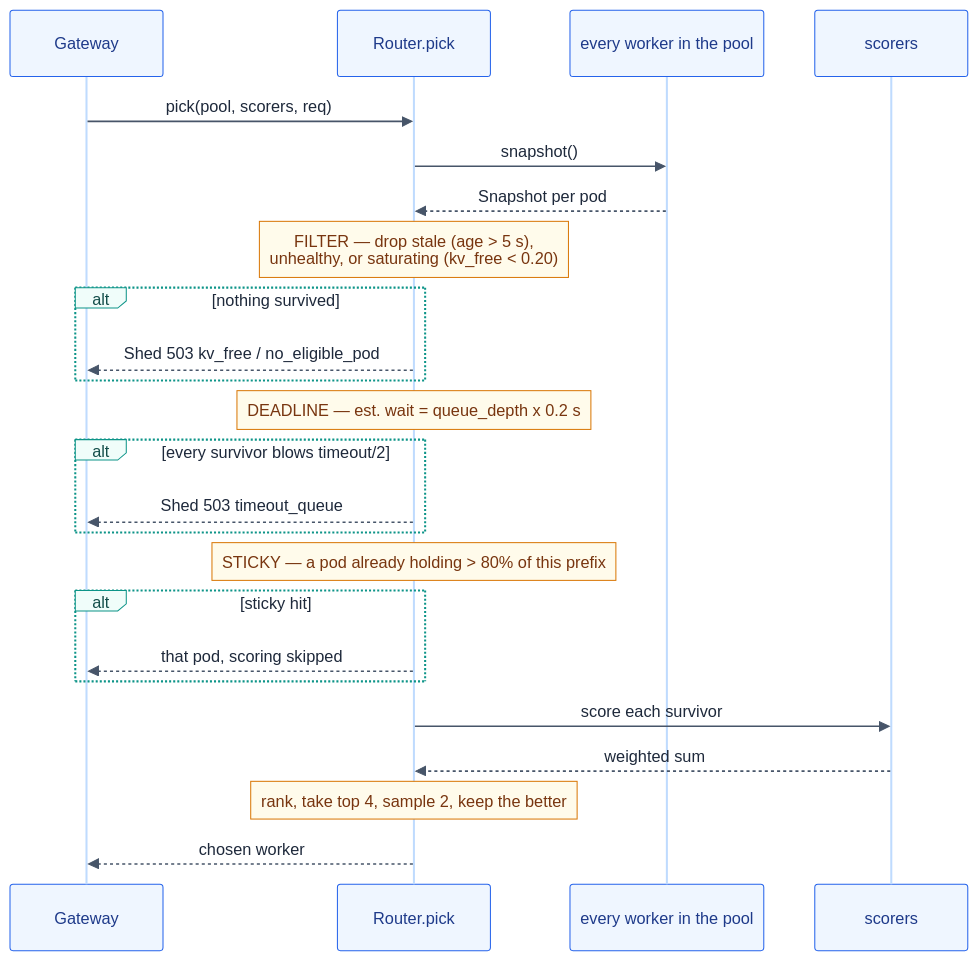
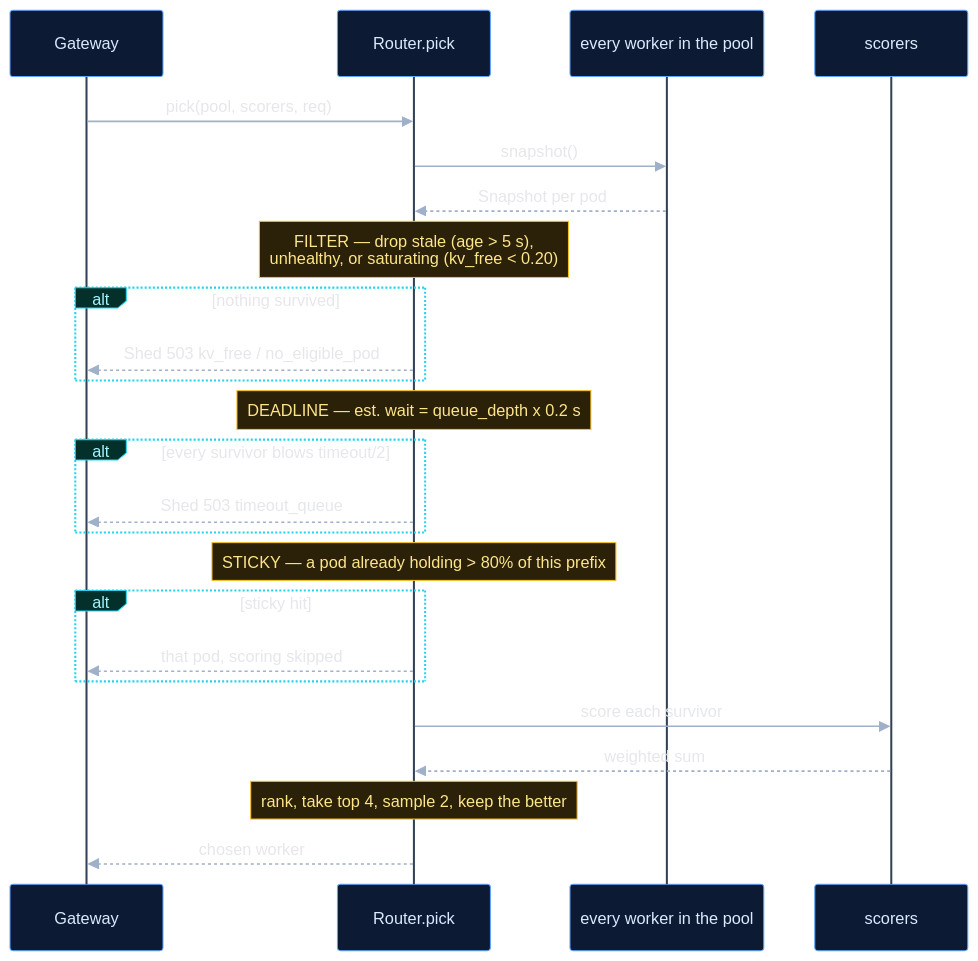
Before and after one commit to harshuljain13/Dodona: the first of 2 diagrams in docs/cluster/router.md, drawn with Mermaid. The commit also changed other lines of this file and 13 other files, not shown here.

First line of the commit message:
style: dark diagrams, matching the banner

````diff
--- a/docs/cluster/router.md
+++ b/docs/cluster/router.md
@@ -32,40 +32,41 @@
 ```mermaid
 %%{init: {'theme':'base','themeVariables':{
-  'fontFamily':'ui-sans-serif, -apple-system, Segoe UI, Inter, Helvetica, Arial, sans-serif','fontSize':'13.5px',
-  'actorBkg':'#eff6ff','actorBorder':'#2563eb','actorTextColor':'#1e3a8a','actorLineColor':'#bfdbfe',
-  'signalColor':'#475569','signalTextColor':'#1e293b',
-  'noteBkgColor':'#fffbeb','noteBorderColor':'#d97706','noteTextColor':'#78350f',
-  'activationBkgColor':'#dcfce7','activationBorderColor':'#16a34a',
-  'labelBoxBkgColor':'#f0fdfa','labelBoxBorderColor':'#0d9488','labelTextColor':'#134e4a',
-  'sequenceNumberColor':'#ffffff','loopTextColor':'#1e293b'
+  'darkMode':true,'background':'#0B0B0B',
+  'fontFamily':'Helvetica, Arial, sans-serif','fontSize':'13.5px',
+  'actorBkg':'#0C1A33','actorBorder':'#60A5FA','actorTextColor':'#DBEAFE','actorLineColor':'#334155',
+  'signalColor':'#9FB0C9','signalTextColor':'#E5E7EB',
+  'noteBkgColor':'#2B2008','noteBorderColor':'#FBBF24','noteTextColor':'#FDE68A',
+  'activationBkgColor':'#06220F','activationBorderColor':'#4ADE80',
+  'labelBoxBkgColor':'#04302B','labelBoxBorderColor':'#22D3EE','labelTextColor':'#A5F3FC',
+  'sequenceNumberColor':'#0B0B0B','loopTextColor':'#E5E7EB','textColor':'#E5E7EB'
 }}}%%
 sequenceDiagram
     participant G as Gateway
     participant R as Router.pick
     participant W as every worker in the pool
     participant S as scorers
 
     G->>R: pick(pool, scorers, req)
 
     R->>W: snapshot()
     W-->>R: Snapshot per pod
     Note over R: FILTER — drop stale (age > 5 s),<br/>unhealthy, or saturating (kv_free < 0.20)
     alt nothing survived
         R-->>G: Shed 503 kv_free / no_eligible_pod
     end
 
     Note over R: DEADLINE — est. wait = queue_depth x 0.2 s
     alt every survivor blows timeout/2
         R-->>G: Shed 503 timeout_queue
     end
 
     Note over R: STICKY — a pod already holding > 80% of this prefix
     alt sticky hit
         R-->>G: that pod, scoring skipped
     end
 
     R->>S: score each survivor
     S-->>R: weighted sum
     Note over R: rank, take top 4, sample 2, keep the better
     R-->>G: chosen worker
 ```
````
